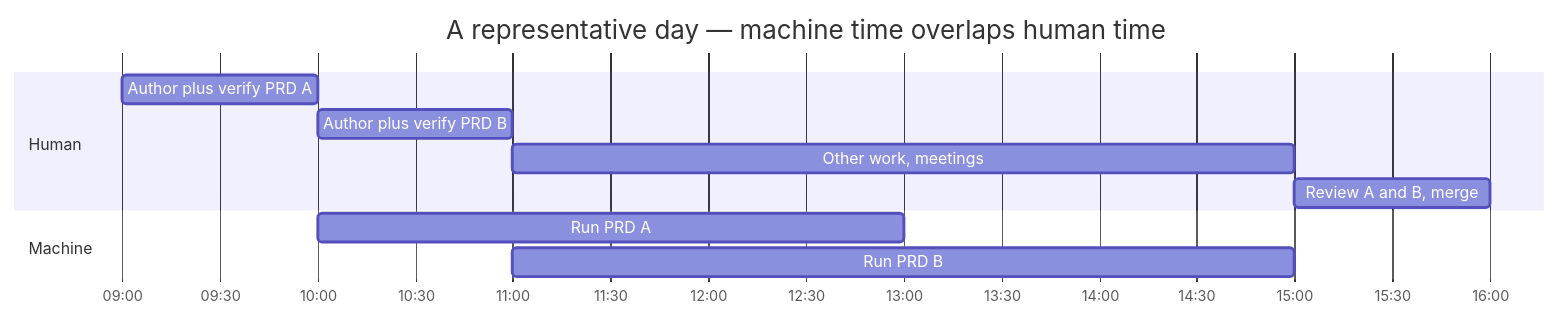
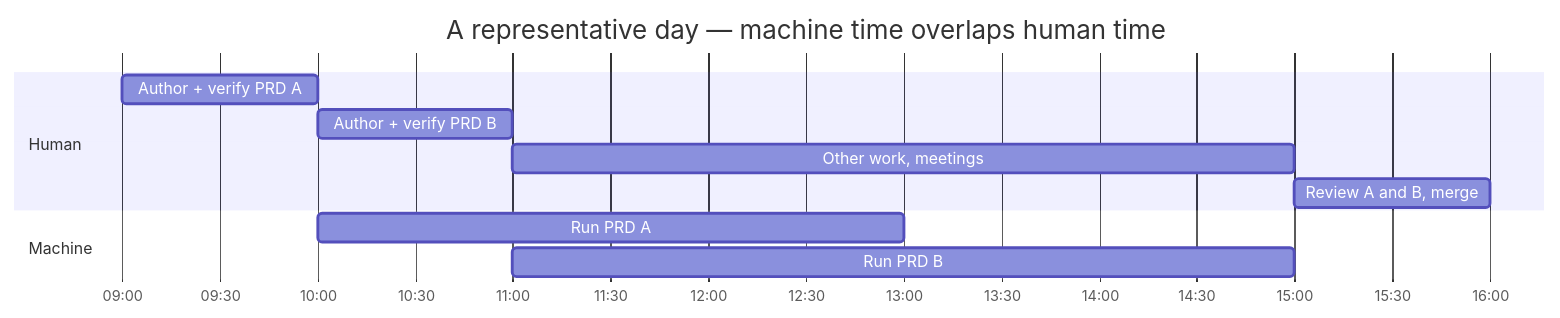
Before and after one commit to NumeronAI/zurdo.github.io: the second of 2 diagrams in docs/workflow.md, drawn with Mermaid. The commit also changed other lines of this file and 5 other files, not shown here.

````diff
--- a/docs/workflow.md
+++ b/docs/workflow.md
@@ -112,14 +112,14 @@
 ```mermaid
 gantt
     title A representative day — machine time overlaps human time
     dateFormat HH:mm
     axisFormat %H:%M
     section Human
-    Author plus verify PRD A      :a1, 09:00, 1h
-    Author plus verify PRD B      :a2, 10:00, 1h
+    Author + verify PRD A         :a1, 09:00, 1h
+    Author + verify PRD B         :a2, 10:00, 1h
     Other work, meetings          :a3, 11:00, 4h
     Review A and B, merge         :a4, 15:00, 1h
     section Machine
     Run PRD A                     :r1, 10:00, 3h
     Run PRD B                     :r2, 11:00, 4h
 ```
````
